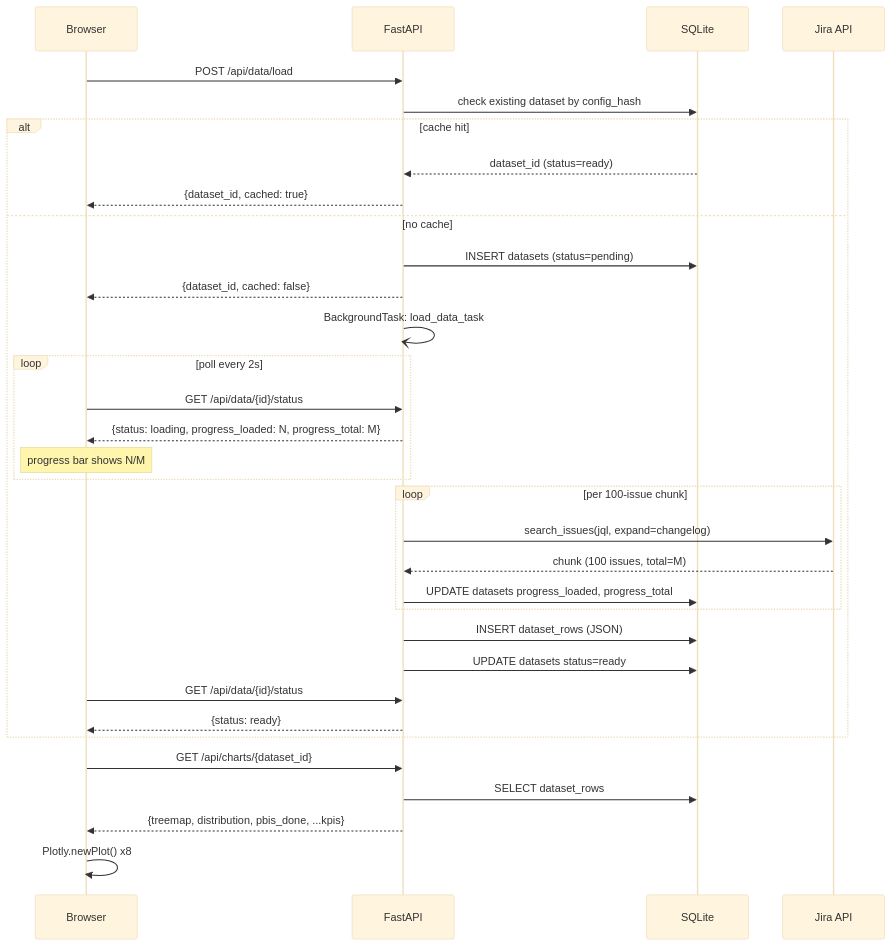
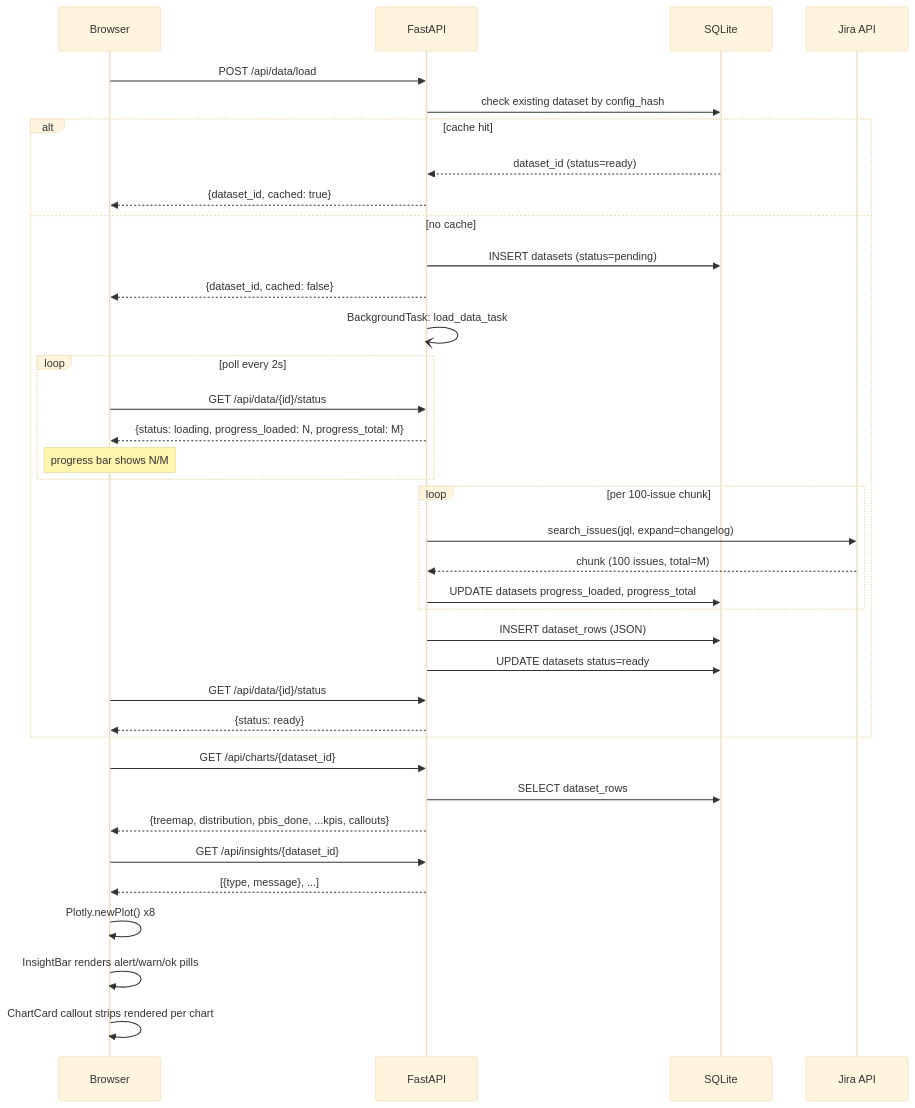
One commit to goncalovalverde/anansi changed the third of 6 diagrams in docs/diagrams/architecture.md. Above: the diagram before and after it, drawn with Mermaid (base theme). The commit also changed other lines of this file, not shown here.

First line of the commit message:
docs: update architecture diagrams for Parts 3-7

````diff
--- a/docs/diagrams/architecture.md
+++ b/docs/diagrams/architecture.md
@@ -57,36 +79,40 @@
 ```mermaid
 sequenceDiagram
     participant B as Browser
     participant API as FastAPI
     participant DB as SQLite
     participant JR as Jira API
 
     B->>API: POST /api/data/load
     API->>DB: check existing dataset by config_hash
     alt cache hit
         DB-->>API: dataset_id (status=ready)
         API-->>B: {dataset_id, cached: true}
     else no cache
         API->>DB: INSERT datasets (status=pending)
         API-->>B: {dataset_id, cached: false}
         API-)API: BackgroundTask: load_data_task
         loop poll every 2s
             B->>API: GET /api/data/{id}/status
             API-->>B: {status: loading, progress_loaded: N, progress_total: M}
             note over B: progress bar shows N/M
         end
         loop per 100-issue chunk
             API->>JR: search_issues(jql, expand=changelog)
             JR-->>API: chunk (100 issues, total=M)
             API->>DB: UPDATE datasets progress_loaded, progress_total
         end
         API->>DB: INSERT dataset_rows (JSON)
         API->>DB: UPDATE datasets status=ready
         B->>API: GET /api/data/{id}/status
         API-->>B: {status: ready}
     end
     B->>API: GET /api/charts/{dataset_id}
     API->>DB: SELECT dataset_rows
-    API-->>B: {treemap, distribution, pbis_done, ...kpis}
+    API-->>B: {treemap, distribution, pbis_done, ...kpis, callouts}
+    B->>API: GET /api/insights/{dataset_id}
+    API-->>B: [{type, message}, ...]
     B->>B: Plotly.newPlot() x8
+    B->>B: InsightBar renders alert/warn/ok pills
+    B->>B: ChartCard callout strips rendered per chart
 ```
````
